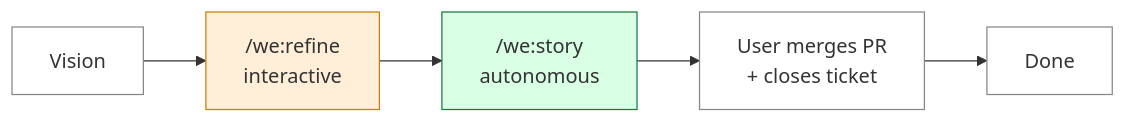
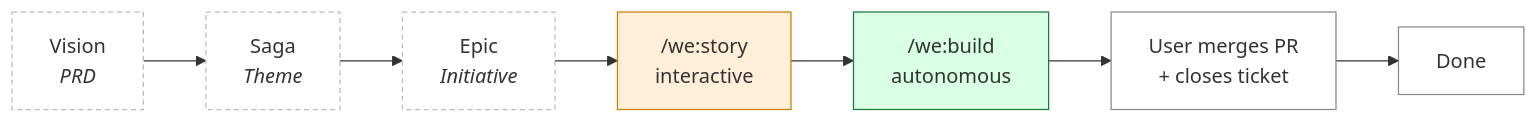
The first of 3 diagrams in docs/workflow.md (weside-ai/claude-code-plugin), drawn with Mermaid before and after one commit. The commit also changed other lines of this file and 29 other files, not shown here.

````diff
--- a/docs/workflow.md
+++ b/docs/workflow.md
@@ -11,13 +11,17 @@
 ```mermaid
 flowchart LR
-    V[Vision] --> R["/we:refine<br/>interactive"]
-    R --> S["/we:story<br/>autonomous"]
-    S --> M[User merges PR<br/>+ closes ticket]
+    V["Vision<br/><i>PRD</i>"] --> S["Saga<br/><i>Theme</i>"]
+    S --> E["Epic<br/><i>Initiative</i>"]
+    E --> ST["/we:story<br/>interactive"]
+    ST --> B["/we:build<br/>autonomous"]
+    B --> M[User merges PR<br/>+ closes ticket]
     M --> D[Done]
 
-    style V fill:#fff,stroke:#888
-    style R fill:#ffefd9,stroke:#c87f00
-    style S fill:#d9ffe5,stroke:#1a7a3c
+    style V fill:#fff,stroke:#bbb,stroke-dasharray:4 3
+    style S fill:#fff,stroke:#bbb,stroke-dasharray:4 3
+    style E fill:#fff,stroke:#bbb,stroke-dasharray:4 3
+    style ST fill:#ffefd9,stroke:#c87f00
+    style B fill:#d9ffe5,stroke:#1a7a3c
     style M fill:#fff,stroke:#888
     style D fill:#fff,stroke:#888
 ```
````
